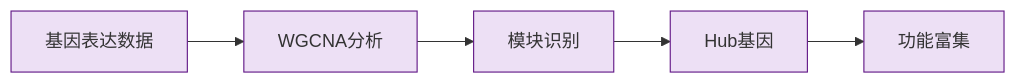
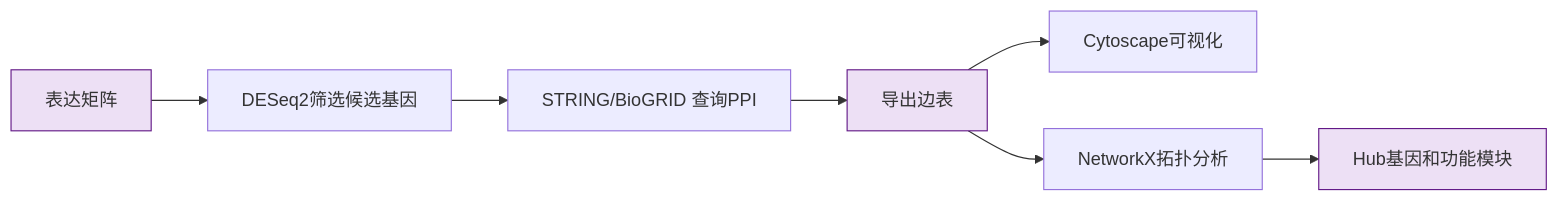
One commit to Lilong-Dong-Lab/slidev-theme-hebmu changed the diagram in example.md. Above: the diagram before and after it, drawn with Mermaid. The commit also changed other lines of this file and 3 other files, not shown here.

````diff
--- a/example.md
+++ b/example.md
@@ -148,12 +199,12 @@
 ```mermaid
 graph LR
-    A[基因表达数据] --> B[WGCNA分析]
-    B --> C[模块识别]
-    C --> D[Hub基因]
-    D --> E[功能富集]
+    A[表达矩阵] --> B[DESeq2筛选候选基因]
+    B --> C[STRING/BioGRID 查询PPI]
+    C --> D[导出边表]
+    D --> E[Cytoscape可视化]
+    D --> F[NetworkX拓扑分析]
+    F --> G[Hub基因和功能模块]
     style A fill:#ede0f5,stroke:#621887
-    style B fill:#ede0f5,stroke:#621887
-    style C fill:#ede0f5,stroke:#621887
     style D fill:#ede0f5,stroke:#621887
-    style E fill:#ede0f5,stroke:#621887
+    style G fill:#ede0f5,stroke:#621887
 ```
````
